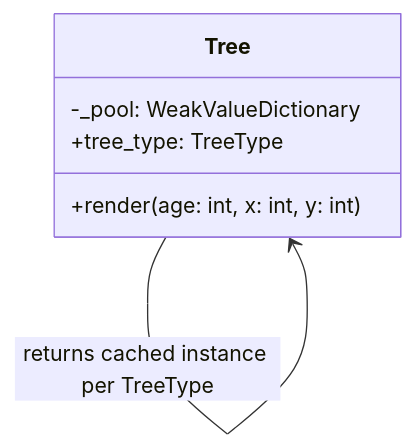
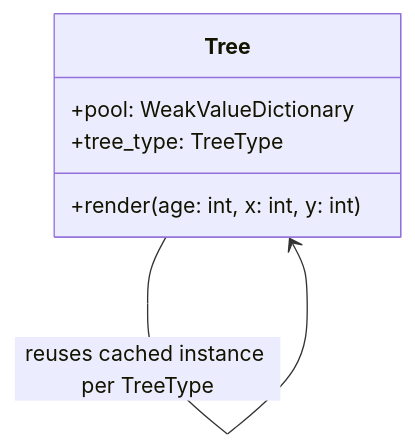
The diagram in python-design-patterns/structural/flyweight.md (SanjayR857/All-in-One-Notes), drawn with Mermaid before and after one commit. The commit also changed other lines of this file and 40 other files, not shown here.

````diff
--- a/python-design-patterns/structural/flyweight.md
+++ b/python-design-patterns/structural/flyweight.md
@@ -25,9 +32,9 @@
 ```mermaid
 classDiagram
     class Tree {
-        -_pool: WeakValueDictionary
+        +pool: WeakValueDictionary
         +tree_type: TreeType
         +render(age: int, x: int, y: int)
     }
-    Tree --> Tree : returns cached instance per TreeType
+    Tree --> Tree : reuses cached instance per TreeType
 ```
````
